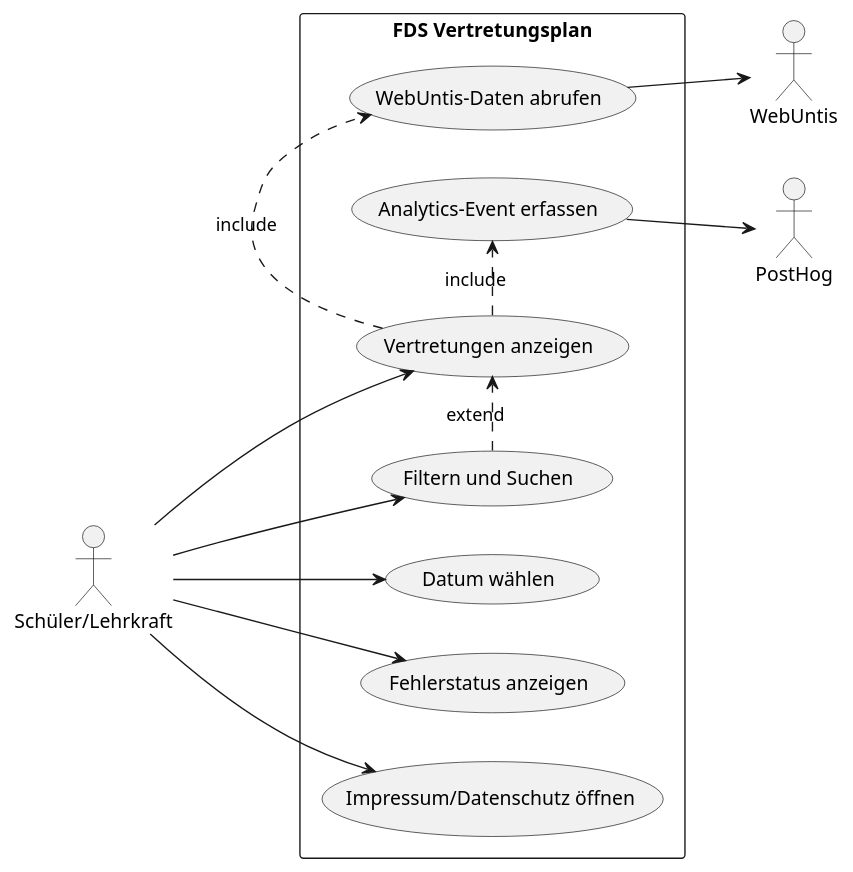
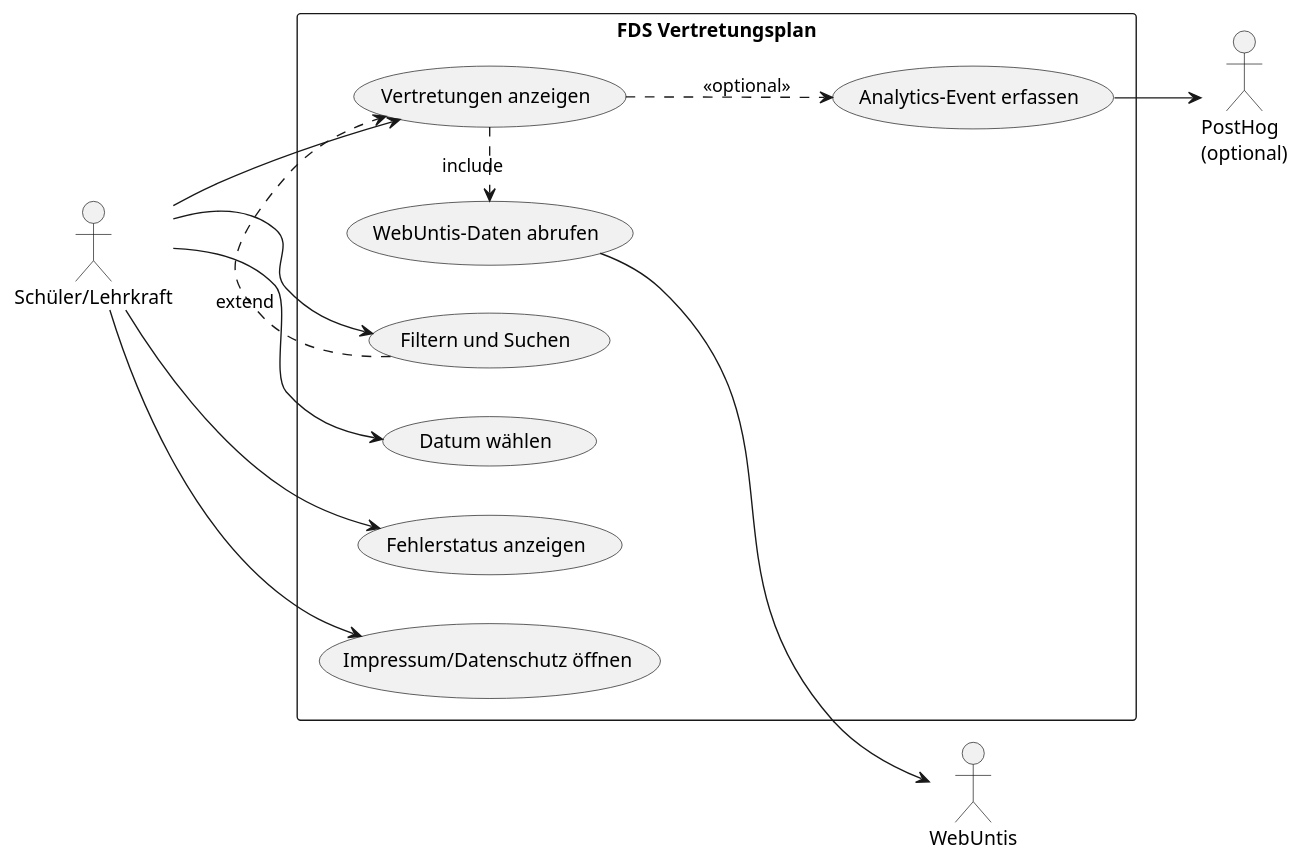
The diagram in docs/uml/usecase.puml (cancel-cloud/fds-vertretungsplan), drawn with PlantUML before and after one commit. The commit also changed 19 other files, not shown here.

```diff
--- a/docs/uml/usecase.puml
+++ b/docs/uml/usecase.puml
@@ -1,30 +1,30 @@
 @startuml
 left to right direction
 
 actor "Schüler/Lehrkraft" as User
 actor "WebUntis" as Untis
-actor "PostHog" as Posthog
+actor "PostHog\n(optional)" as Posthog
 
 rectangle "FDS Vertretungsplan" {
   usecase "Datum wählen" as UC_Date
   usecase "Vertretungen anzeigen" as UC_View
   usecase "Filtern und Suchen" as UC_Filter
   usecase "Fehlerstatus anzeigen" as UC_Error
   usecase "Impressum/Datenschutz öffnen" as UC_Legal
   usecase "Analytics-Event erfassen" as UC_Analytics
   usecase "WebUntis-Daten abrufen" as UC_Untis
 }
 
 User --> UC_Date
 User --> UC_View
 User --> UC_Filter
 User --> UC_Error
 User --> UC_Legal
 
 UC_View .> UC_Untis : include
 UC_Filter .> UC_View : extend
-UC_View .> UC_Analytics : include
+UC_View ..> UC_Analytics : <<optional>>
 UC_Untis --> Untis
 UC_Analytics --> Posthog
 
 @enduml
```
